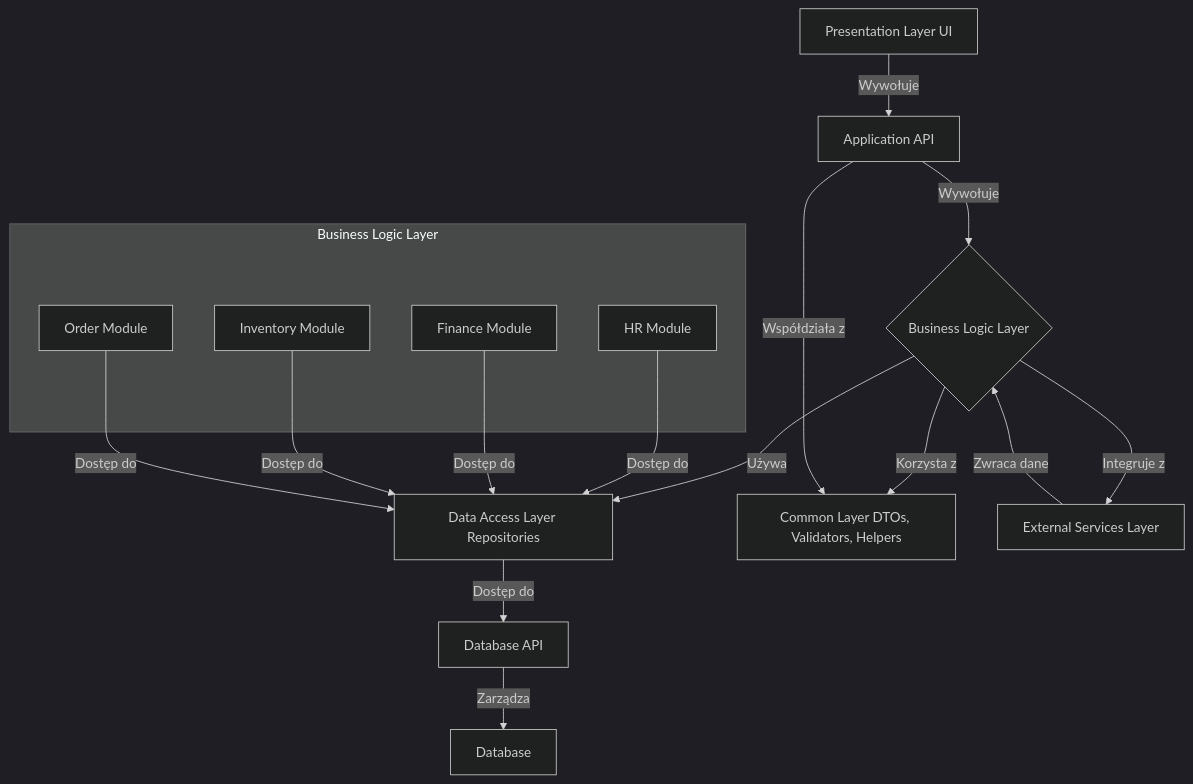
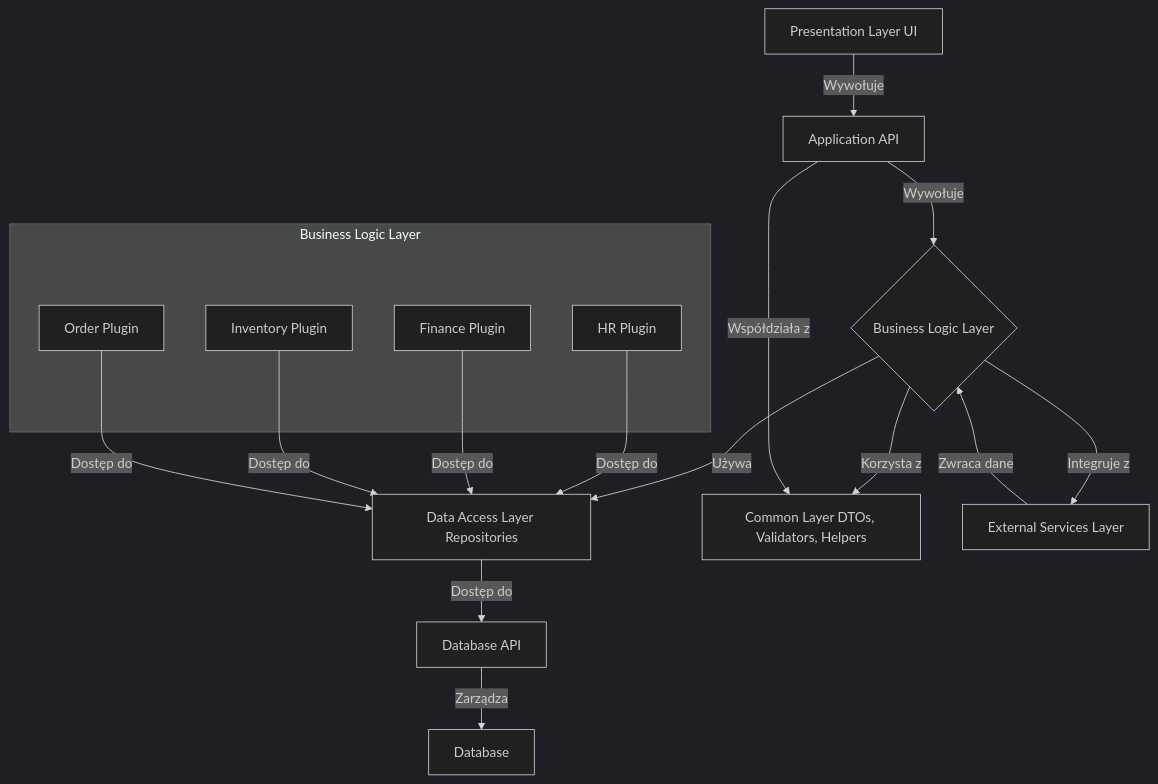
One commit to Rado070199/Aquilo changed the diagram in README.md. Above: the diagram before and after it, drawn with Mermaid (dark theme). The commit also changed other lines of this file and 83 other files, not shown here.

````diff
--- a/README.md
+++ b/README.md
@@ -33,27 +33,27 @@
 ```mermaid
 graph TD
     A[Presentation Layer UI] -->|Wywołuje| API[Application API]
     
     subgraph Business Logic Layer
-        B1[HR Module] 
-        B2[Finance Module]
-        B3[Inventory Module]
-        B4[Order Module]
+        B1[HR Plugin] 
+        B2[Finance Plugin]
+        B3[Inventory Plugin]
+        B4[Order Plugin]
     end
     
     API -->|Wywołuje| B{Business Logic Layer}
     
     B -->|Używa| C[Data Access Layer Repositories]
     C -->|Dostęp do| DB[Database API]
     DB -->|Zarządza| D[Database]
     B -->|Korzysta z| E[Common Layer DTOs, Validators, Helpers]
     API -->|Współdziała z| E
     B -->|Integruje z| F[External Services Layer]
     F -->|Zwraca dane| B
 
     %% Połączenia między modułami a warstwą logiki biznesowej
     B1 -->|Dostęp do| C
     B2 -->|Dostęp do| C
     B3 -->|Dostęp do| C
     B4 -->|Dostęp do| C
 ```
````
